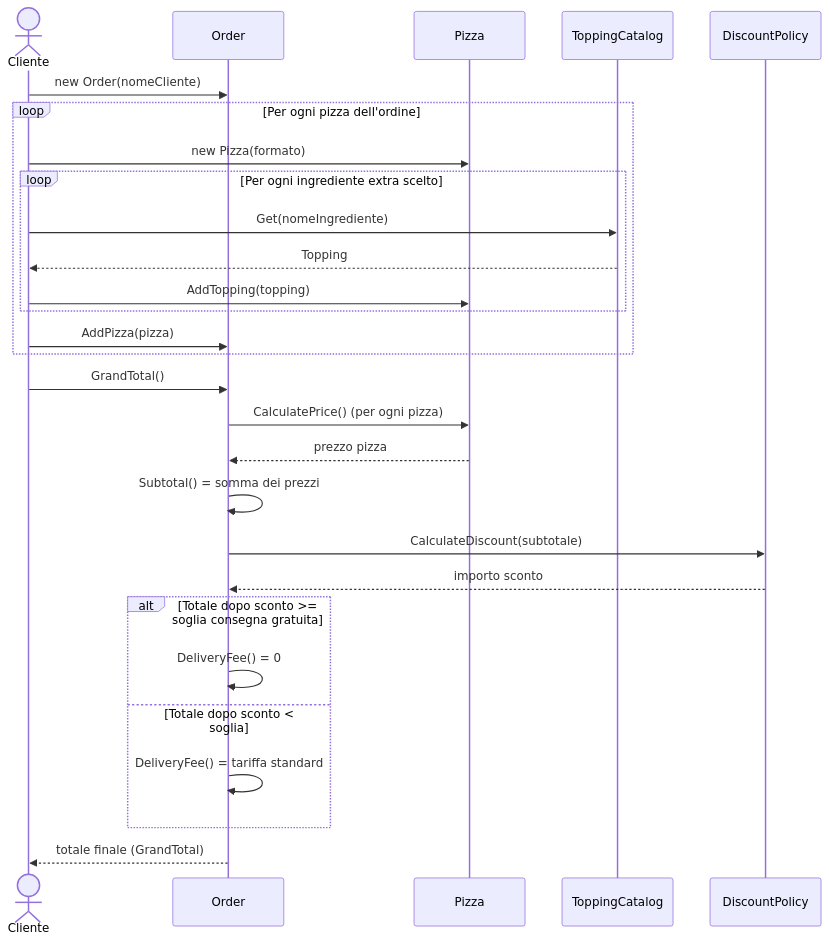
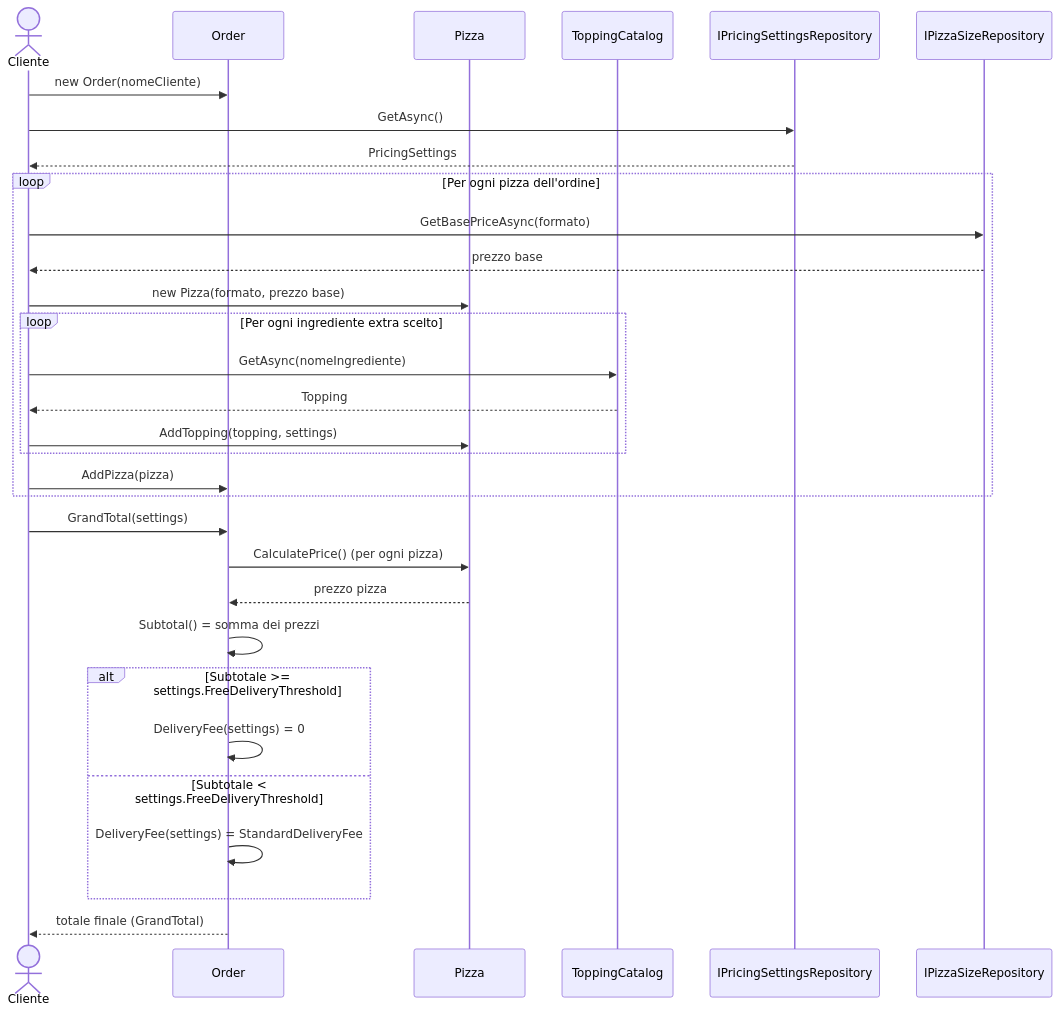
The diagram in docs/c4-model/05-sequence-diagram.md (Timon-code95/PizzaShop), drawn with Mermaid before and after one commit. The commit also changed other lines of this file and 6 other files, not shown here.

````diff
--- a/docs/c4-model/05-sequence-diagram.md
+++ b/docs/c4-model/05-sequence-diagram.md
@@ -12,35 +12,38 @@
 ```mermaid
 sequenceDiagram
 	actor Cliente
 	participant Order
 	participant Pizza
 	participant ToppingCatalog
-	participant DiscountPolicy
+	participant PricingSettingsRepository as IPricingSettingsRepository
+	participant PizzaSizeRepository as IPizzaSizeRepository
 
 	Cliente->>Order: new Order(nomeCliente)
+	Cliente->>PricingSettingsRepository: GetAsync()
+	PricingSettingsRepository-->>Cliente: PricingSettings
 
 	loop Per ogni pizza dell'ordine
-		Cliente->>Pizza: new Pizza(formato)
+		Cliente->>PizzaSizeRepository: GetBasePriceAsync(formato)
+		PizzaSizeRepository-->>Cliente: prezzo base
+		Cliente->>Pizza: new Pizza(formato, prezzo base)
 		loop Per ogni ingrediente extra scelto
-			Cliente->>ToppingCatalog: Get(nomeIngrediente)
+			Cliente->>ToppingCatalog: GetAsync(nomeIngrediente)
 			ToppingCatalog-->>Cliente: Topping
-			Cliente->>Pizza: AddTopping(topping)
+			Cliente->>Pizza: AddTopping(topping, settings)
 		end
 		Cliente->>Order: AddPizza(pizza)
 	end
 
-	Cliente->>Order: GrandTotal()
+	Cliente->>Order: GrandTotal(settings)
 	Order->>Pizza: CalculatePrice() (per ogni pizza)
 	Pizza-->>Order: prezzo pizza
 	Order->>Order: Subtotal() = somma dei prezzi
-	Order->>DiscountPolicy: CalculateDiscount(subtotale)
-	DiscountPolicy-->>Order: importo sconto
 
-	alt Totale dopo sconto >= soglia consegna gratuita
-		Order->>Order: DeliveryFee() = 0
-	else Totale dopo sconto < soglia
-		Order->>Order: DeliveryFee() = tariffa standard
+	alt Subtotale >= settings.FreeDeliveryThreshold
+		Order->>Order: DeliveryFee(settings) = 0
+	else Subtotale < settings.FreeDeliveryThreshold
+		Order->>Order: DeliveryFee(settings) = StandardDeliveryFee
 	end
 
 	Order-->>Cliente: totale finale (GrandTotal)
 ```
````
